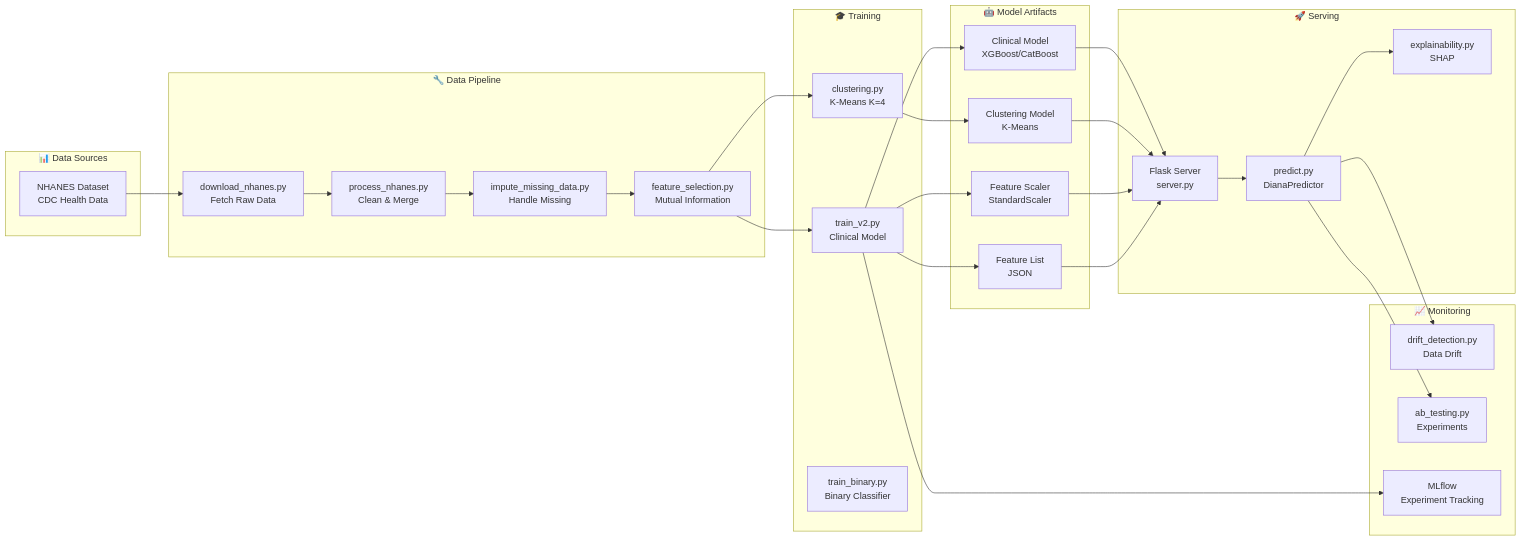
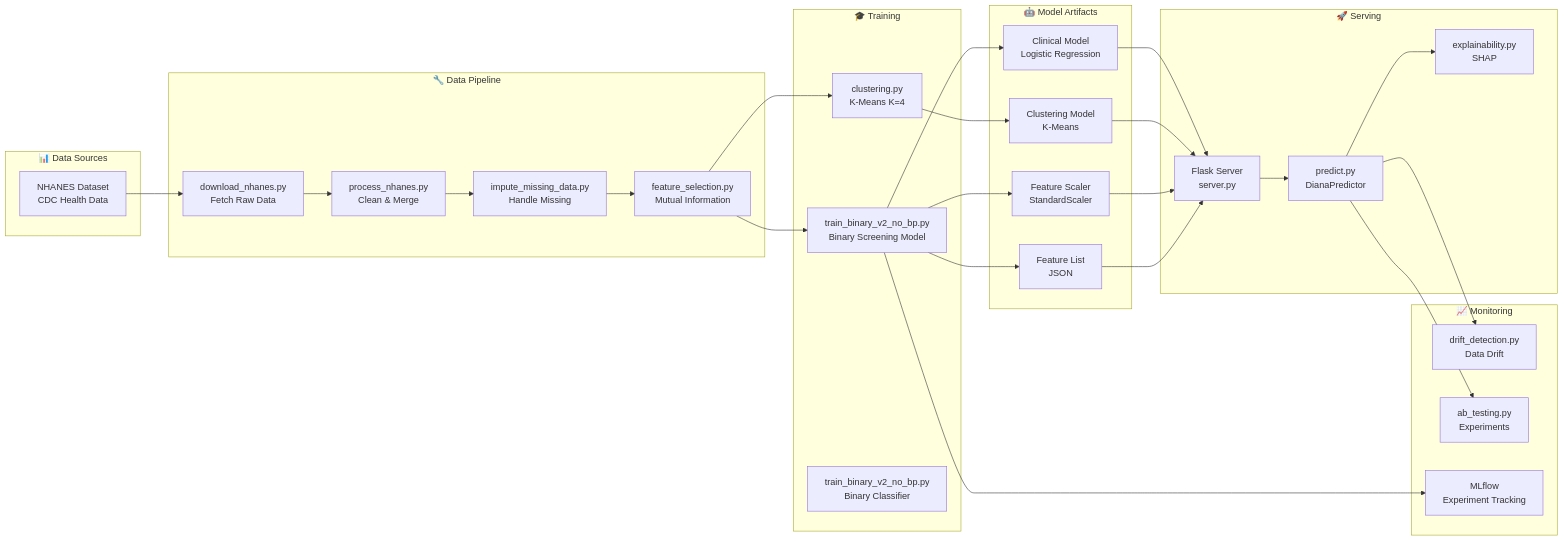
The eighth of 13 diagrams in ARCHITECTURE_MAP.md (Skufu/DianaV2), drawn with Mermaid before and after one commit. The commit also changed 31 other files, not shown here.

First line of the commit message:
docs: sync documentation with binary_v2_no_bp model architecture

````diff
--- a/ARCHITECTURE_MAP.md
+++ b/ARCHITECTURE_MAP.md
@@ -486,62 +486,62 @@
 ```mermaid
 flowchart LR
     subgraph DataSource["📊 Data Sources"]
         NHANES["NHANES Dataset<br/>CDC Health Data"]
     end
 
     subgraph Pipeline["🔧 Data Pipeline"]
         Download["download_nhanes.py<br/>Fetch Raw Data"]
         Process["process_nhanes.py<br/>Clean & Merge"]
         Impute["impute_missing_data.py<br/>Handle Missing"]
         FeatureSel["feature_selection.py<br/>Mutual Information"]
     end
 
     subgraph Training["🎓 Training"]
-        TrainV2["train_v2.py<br/>Clinical Model"]
+        TrainV2["train_binary_v2_no_bp.py<br/>Binary Screening Model"]
         Clustering["clustering.py<br/>K-Means K=4"]
-        Binary["train_binary.py<br/>Binary Classifier"]
+        Binary["train_binary_v2_no_bp.py<br/>Binary Classifier"]
     end
 
     subgraph Models["🤖 Model Artifacts"]
-        Clinical["Clinical Model<br/>XGBoost/CatBoost"]
+        Clinical["Clinical Model<br/>Logistic Regression"]
         Cluster["Clustering Model<br/>K-Means"]
         Scaler["Feature Scaler<br/>StandardScaler"]
         Features["Feature List<br/>JSON"]
     end
 
     subgraph Serving["🚀 Serving"]
         Flask["Flask Server<br/>server.py"]
         Predict["predict.py<br/>DianaPredictor"]
         Explain["explainability.py<br/>SHAP"]
     end
 
     subgraph Monitoring["📈 Monitoring"]
         Drift["drift_detection.py<br/>Data Drift"]
         AB["ab_testing.py<br/>Experiments"]
         MLflow["MLflow<br/>Experiment Tracking"]
     end
 
     NHANES --> Download
     Download --> Process
     Process --> Impute
     Impute --> FeatureSel
     FeatureSel --> TrainV2
     FeatureSel --> Clustering
     
     TrainV2 --> Clinical
     Clustering --> Cluster
     TrainV2 --> Scaler
     TrainV2 --> Features
     
     Clinical --> Flask
     Cluster --> Flask
     Scaler --> Flask
     Features --> Flask
     
     Flask --> Predict
     Predict --> Explain
     
     Predict --> Drift
     Predict --> AB
     TrainV2 --> MLflow
 ```
````
